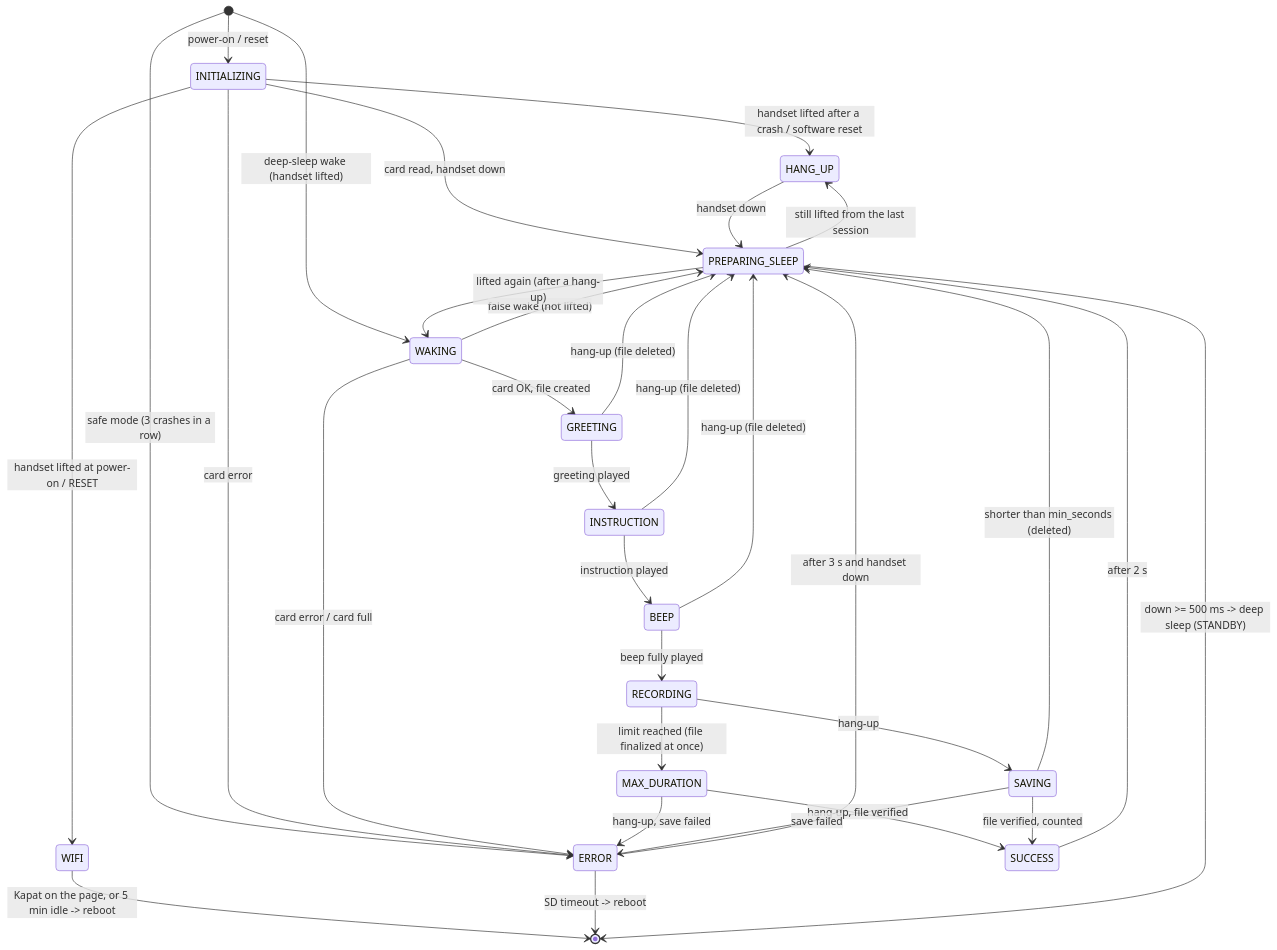
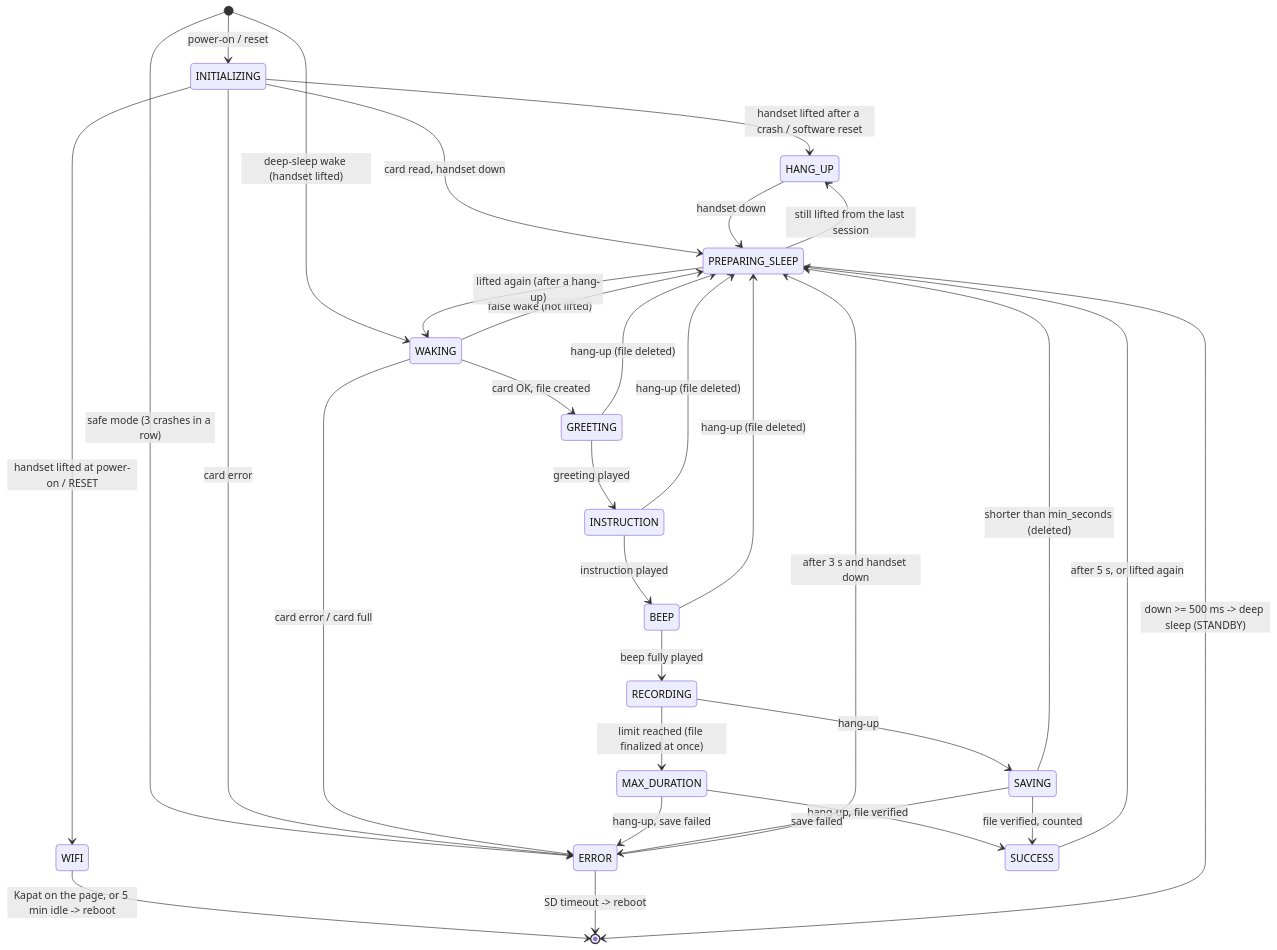
The first of 2 diagrams in docs/architecture.md (canerkoroglu/retrodio), drawn with Mermaid before and after one commit. The commit also changed other lines of this file and 25 other files, not shown here.

````diff
--- a/docs/architecture.md
+++ b/docs/architecture.md
@@ -9,40 +9,40 @@
 ```mermaid
 stateDiagram-v2
     [*] --> INITIALIZING: power-on / reset
     [*] --> WAKING: deep-sleep wake (handset lifted)
     [*] --> ERROR: safe mode (3 crashes in a row)
 
     INITIALIZING --> HANG_UP: handset lifted after a crash / software reset
     INITIALIZING --> WIFI: handset lifted at power-on / RESET
     INITIALIZING --> PREPARING_SLEEP: card read, handset down
     WIFI --> [*]: Kapat on the page, or 5 min idle -> reboot
     INITIALIZING --> ERROR: card error
 
     WAKING --> PREPARING_SLEEP: false wake (not lifted)
     WAKING --> GREETING: card OK, file created
     WAKING --> ERROR: card error / card full
 
     GREETING --> INSTRUCTION: greeting played
     INSTRUCTION --> BEEP: instruction played
     BEEP --> RECORDING: beep fully played
     GREETING --> PREPARING_SLEEP: hang-up (file deleted)
     INSTRUCTION --> PREPARING_SLEEP: hang-up (file deleted)
     BEEP --> PREPARING_SLEEP: hang-up (file deleted)
 
     RECORDING --> SAVING: hang-up
     RECORDING --> MAX_DURATION: limit reached (file finalized at once)
     MAX_DURATION --> SUCCESS: hang-up, file verified
     MAX_DURATION --> ERROR: hang-up, save failed
     SAVING --> SUCCESS: file verified, counted
     SAVING --> PREPARING_SLEEP: shorter than min_seconds (deleted)
     SAVING --> ERROR: save failed
 
-    SUCCESS --> PREPARING_SLEEP: after 2 s
+    SUCCESS --> PREPARING_SLEEP: after 5 s, or lifted again
     ERROR --> PREPARING_SLEEP: after 3 s and handset down
     ERROR --> [*]: SD timeout -> reboot
     HANG_UP --> PREPARING_SLEEP: handset down
 
     PREPARING_SLEEP --> WAKING: lifted again (after a hang-up)
     PREPARING_SLEEP --> HANG_UP: still lifted from the last session
     PREPARING_SLEEP --> [*]: down >= 500 ms -> deep sleep (STANDBY)
 ```
````
